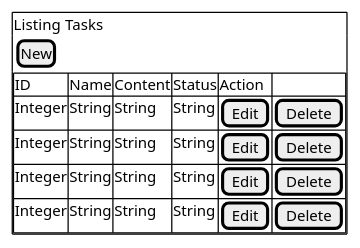
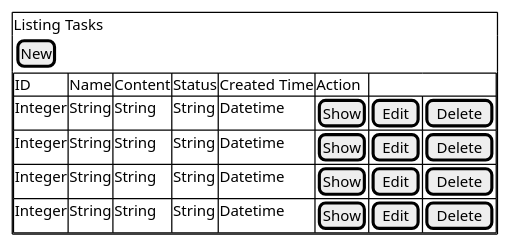
One commit to k2works/etude_for_rails changed the diagram in docs/dev/todo/UI_todo.puml. Above: the diagram before and after it, drawn with PlantUML. The commit also changed 12 other files, not shown here.

```diff
--- a/docs/dev/todo/UI_todo.puml
+++ b/docs/dev/todo/UI_todo.puml
@@ -1,17 +1,17 @@
 @startuml
 salt
 {+
   Listing Tasks
   {
    [New]
   }
 
   {#
-  ID       | Name   | Content | Status  | Action
-  Integer  | String | String  | String  | [Edit] | [Delete]
-  Integer  | String | String  | String  | [Edit] | [Delete]
-  Integer  | String | String  | String  | [Edit] | [Delete]
-  Integer  | String | String  | String  | [Edit] | [Delete]
+  ID       | Name   | Content | Status  | Created Time | Action
+  Integer  | String | String  | String  | Datetime | [Show] | [Edit] | [Delete]
+  Integer  | String | String  | String  | Datetime | [Show] | [Edit] | [Delete]
+  Integer  | String | String  | String  | Datetime | [Show] | [Edit] | [Delete]
+  Integer  | String | String  | String  | Datetime | [Show] | [Edit] | [Delete]
   }
 }
 @enduml
```
